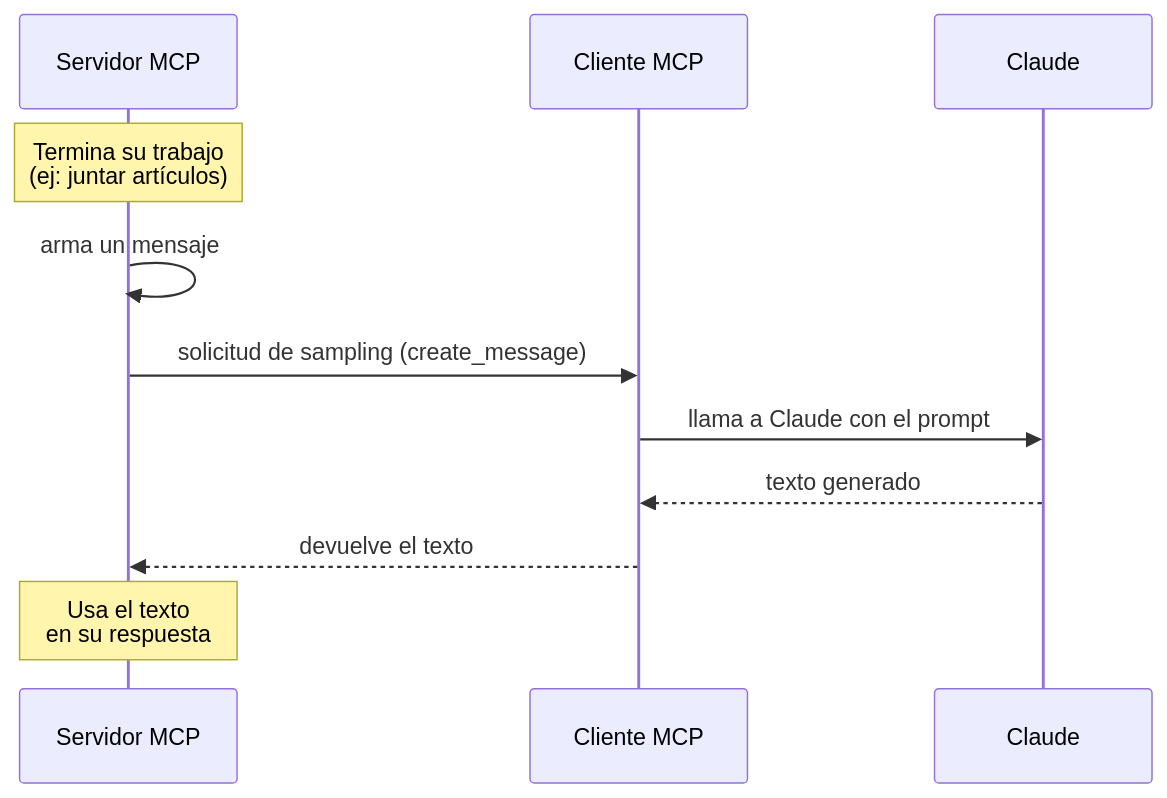
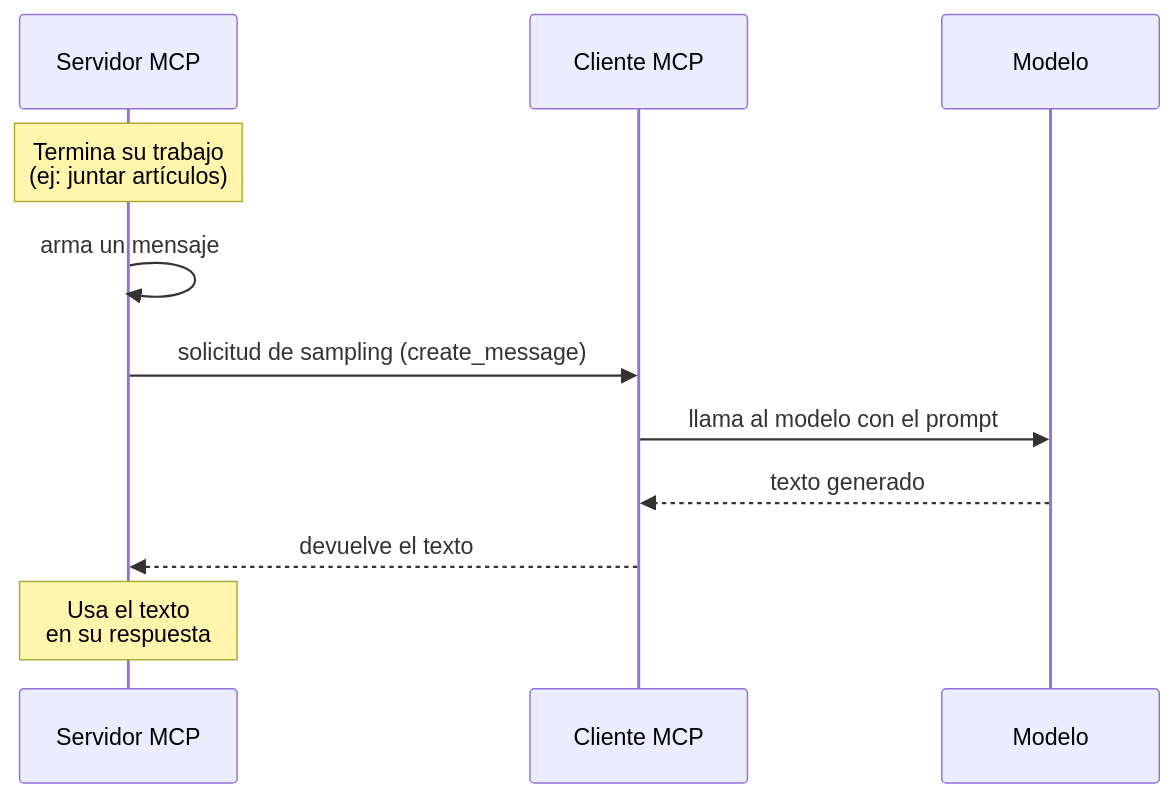
Before and after one commit to alvarezleonardo/MCP: the second of 2 diagrams in Model Context Protocol_ Advanced Topics/01-sampling.md, drawn with Mermaid. The commit also changed other lines of this file and 14 other files, not shown here.

````diff
--- a/Model Context Protocol_ Advanced Topics/01-sampling.md
+++ b/Model Context Protocol_ Advanced Topics/01-sampling.md
@@ -28,14 +28,14 @@
 ```mermaid
 sequenceDiagram
     participant Srv as Servidor MCP
     participant Cli as Cliente MCP
-    participant Cl as Claude
+    participant Cl as Modelo
 
     Note over Srv: Termina su trabajo<br/>(ej: juntar artículos)
     Srv->>Srv: arma un mensaje
     Srv->>Cli: solicitud de sampling (create_message)
-    Cli->>Cl: llama a Claude con el prompt
+    Cli->>Cl: llama al modelo con el prompt
     Cl-->>Cli: texto generado
     Cli-->>Srv: devuelve el texto
     Note over Srv: Usa el texto<br/>en su respuesta
 ```
````
